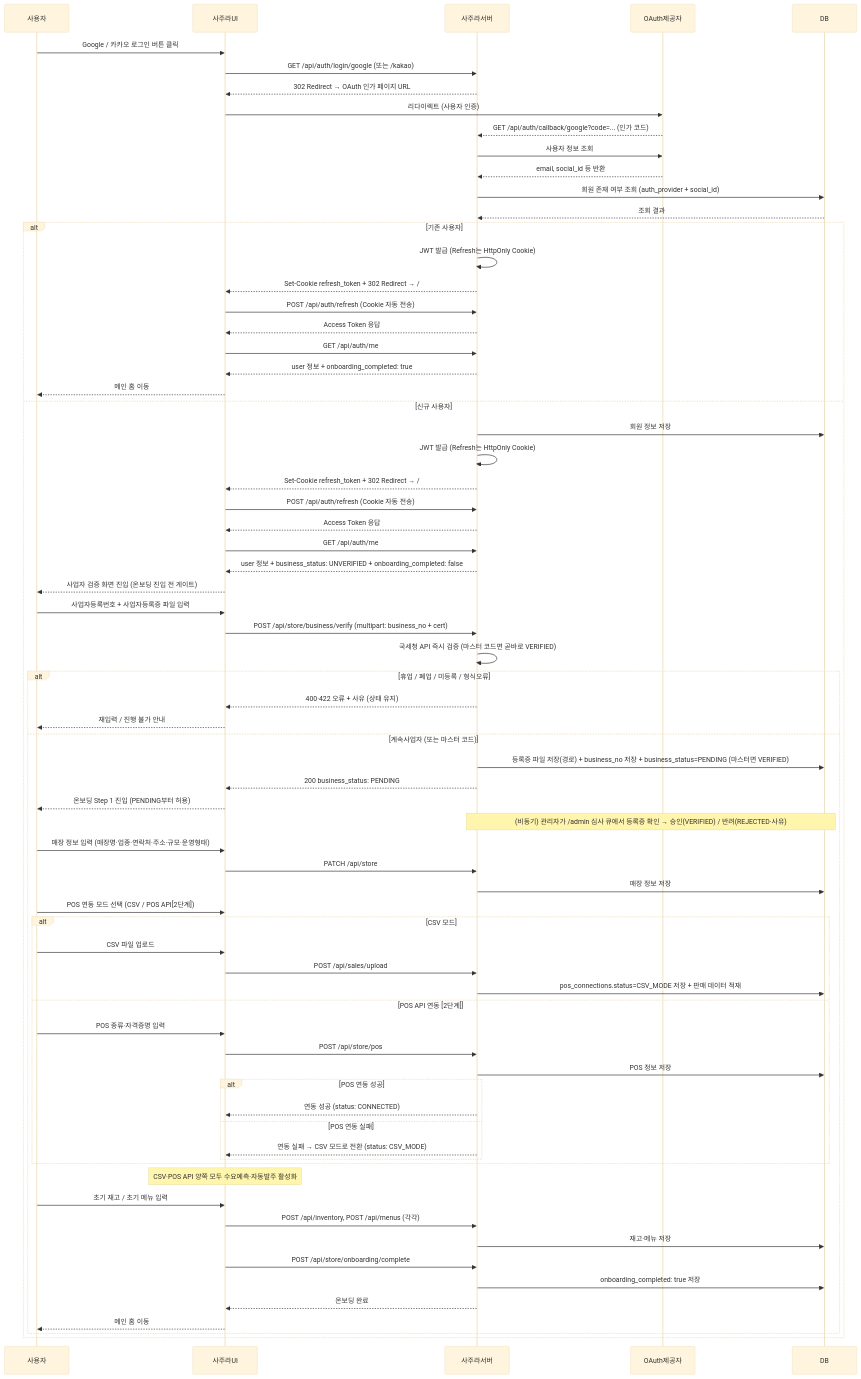
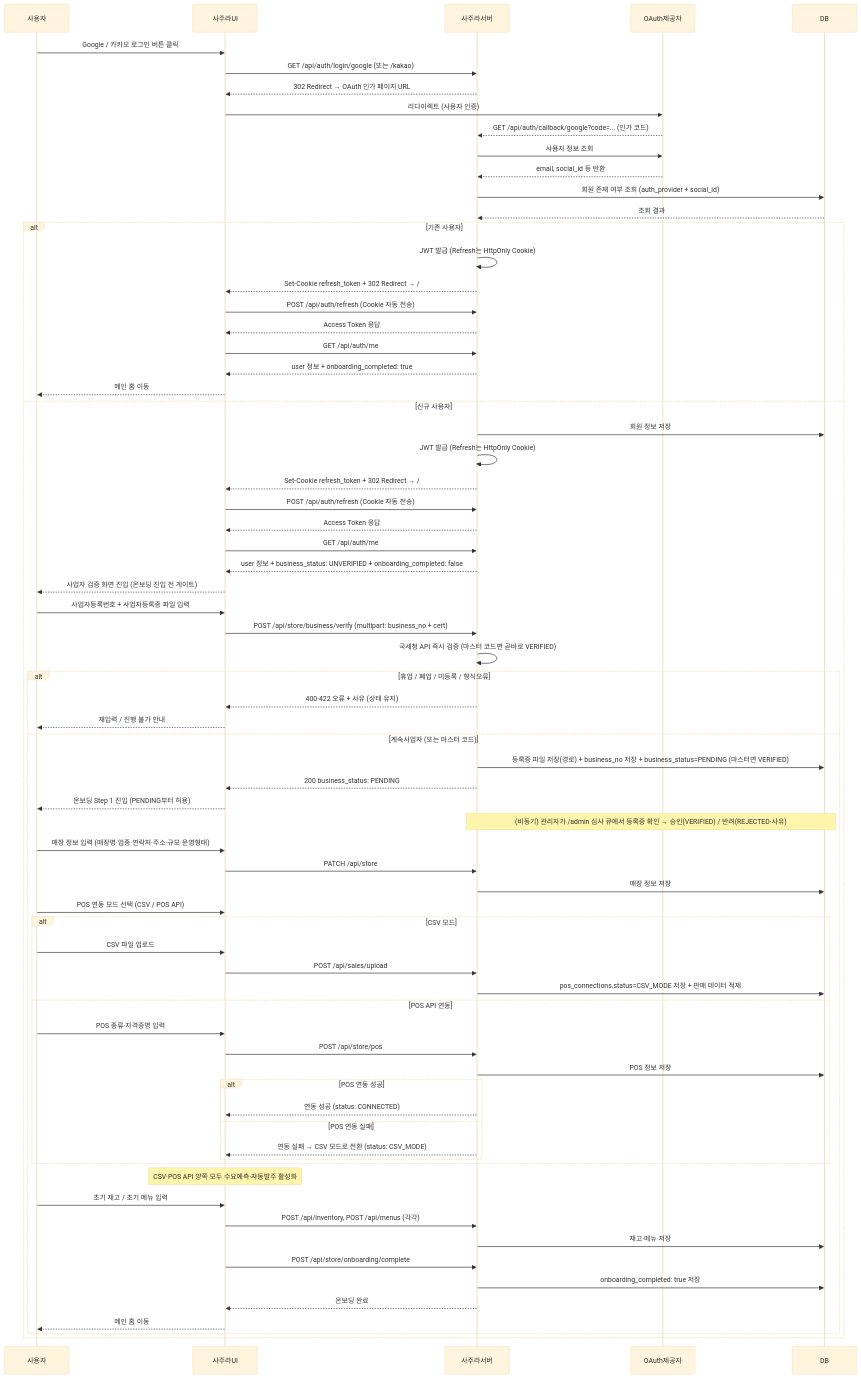
One commit to h-taek/CapstoneDesign-Sajura changed the first of 8 diagrams in docs/spec/02_implementation_design.md. Above: the diagram before and after it, drawn with Mermaid (base theme). The commit also changed other lines of this file and 17 other files, not shown here.

First line of the commit message:
docs(scope): POS API 연동을 MVP로, 지원 POS사를 토스플레이스·키움페이·OKPOS로 한정

````diff
--- a/docs/spec/02_implementation_design.md
+++ b/docs/spec/02_implementation_design.md
@@ -166,80 +164,80 @@
 ```mermaid
 sequenceDiagram
     participant 사용자
     participant 사주라UI
     participant 사주라서버
     participant OAuth제공자
     participant DB
 
     사용자->>사주라UI: Google / 카카오 로그인 버튼 클릭
     사주라UI->>사주라서버: GET /api/auth/login/google (또는 /kakao)
     사주라서버-->>사주라UI: 302 Redirect → OAuth 인가 페이지 URL
     사주라UI->>OAuth제공자: 리다이렉트 (사용자 인증)
     OAuth제공자-->>사주라서버: GET /api/auth/callback/google?code=... (인가 코드)
     사주라서버->>OAuth제공자: 사용자 정보 조회
     OAuth제공자-->>사주라서버: email, social_id 등 반환
     사주라서버->>DB: 회원 존재 여부 조회 (auth_provider + social_id)
     DB-->>사주라서버: 조회 결과
 
     alt 기존 사용자
         사주라서버->>사주라서버: JWT 발급 (Refresh는 HttpOnly Cookie)
         사주라서버-->>사주라UI: Set-Cookie refresh_token + 302 Redirect → /
         사주라UI->>사주라서버: POST /api/auth/refresh (Cookie 자동 전송)
         사주라서버-->>사주라UI: Access Token 응답
         사주라UI->>사주라서버: GET /api/auth/me
         사주라서버-->>사주라UI: user 정보 + onboarding_completed: true
         사주라UI-->>사용자: 메인 홈 이동
     else 신규 사용자
         사주라서버->>DB: 회원 정보 저장
         사주라서버->>사주라서버: JWT 발급 (Refresh는 HttpOnly Cookie)
         사주라서버-->>사주라UI: Set-Cookie refresh_token + 302 Redirect → /
         사주라UI->>사주라서버: POST /api/auth/refresh (Cookie 자동 전송)
         사주라서버-->>사주라UI: Access Token 응답
         사주라UI->>사주라서버: GET /api/auth/me
         사주라서버-->>사주라UI: user 정보 + business_status: UNVERIFIED + onboarding_completed: false
         사주라UI-->>사용자: 사업자 검증 화면 진입 (온보딩 진입 전 게이트)
 
         사용자->>사주라UI: 사업자등록번호 + 사업자등록증 파일 입력
         사주라UI->>사주라서버: POST /api/store/business/verify (multipart: business_no + cert)
         사주라서버->>사주라서버: 국세청 API 즉시 검증 (마스터 코드면 곧바로 VERIFIED)
         alt 휴업 / 폐업 / 미등록 / 형식오류
             사주라서버-->>사주라UI: 400·422 오류 + 사유 (상태 유지)
             사주라UI-->>사용자: 재입력 / 진행 불가 안내
         else 계속사업자 (또는 마스터 코드)
             사주라서버->>DB: 등록증 파일 저장(경로) + business_no 저장 + business_status=PENDING (마스터면 VERIFIED)
             사주라서버-->>사주라UI: 200 business_status: PENDING
             사주라UI-->>사용자: 온보딩 Step 1 진입 (PENDING부터 허용)
             note over 사주라서버,DB: (비동기) 관리자가 /admin 심사 큐에서 등록증 확인 → 승인(VERIFIED) / 반려(REJECTED·사유)
 
             사용자->>사주라UI: 매장 정보 입력 (매장명·업종·연락처·주소·규모·운영형태)
             사주라UI->>사주라서버: PATCH /api/store
             사주라서버->>DB: 매장 정보 저장
 
-            사용자->>사주라UI: POS 연동 모드 선택 (CSV / POS API[2단계])
+            사용자->>사주라UI: POS 연동 모드 선택 (CSV / POS API)
             alt CSV 모드
                 사용자->>사주라UI: CSV 파일 업로드
                 사주라UI->>사주라서버: POST /api/sales/upload
                 사주라서버->>DB: pos_connections.status=CSV_MODE 저장 + 판매 데이터 적재
-            else POS API 연동 [2단계]
+            else POS API 연동
                 사용자->>사주라UI: POS 종류·자격증명 입력
                 사주라UI->>사주라서버: POST /api/store/pos
                 사주라서버->>DB: POS 정보 저장
                 alt POS 연동 성공
                     사주라서버-->>사주라UI: 연동 성공 (status: CONNECTED)
                 else POS 연동 실패
                     사주라서버-->>사주라UI: 연동 실패 → CSV 모드로 전환 (status: CSV_MODE)
                 end
             end
             Note over 사주라UI: CSV·POS API 양쪽 모두 수요예측·자동발주 활성화
 
             사용자->>사주라UI: 초기 재고 / 초기 메뉴 입력
             사주라UI->>사주라서버: POST /api/inventory, POST /api/menus (각각)
             사주라서버->>DB: 재고·메뉴 저장
 
             사주라UI->>사주라서버: POST /api/store/onboarding/complete
             사주라서버->>DB: onboarding_completed: true 저장
             사주라서버-->>사주라UI: 온보딩 완료
             사주라UI-->>사용자: 메인 홈 이동
         end
     end
 ```
````
